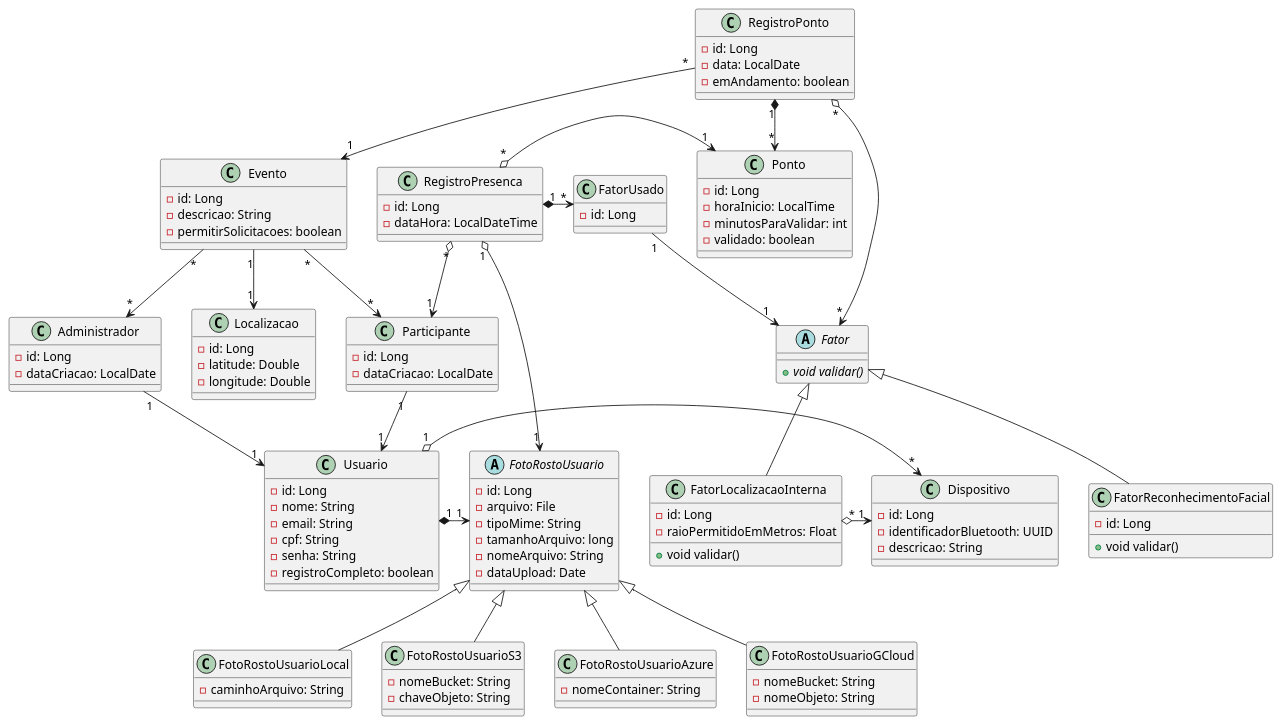
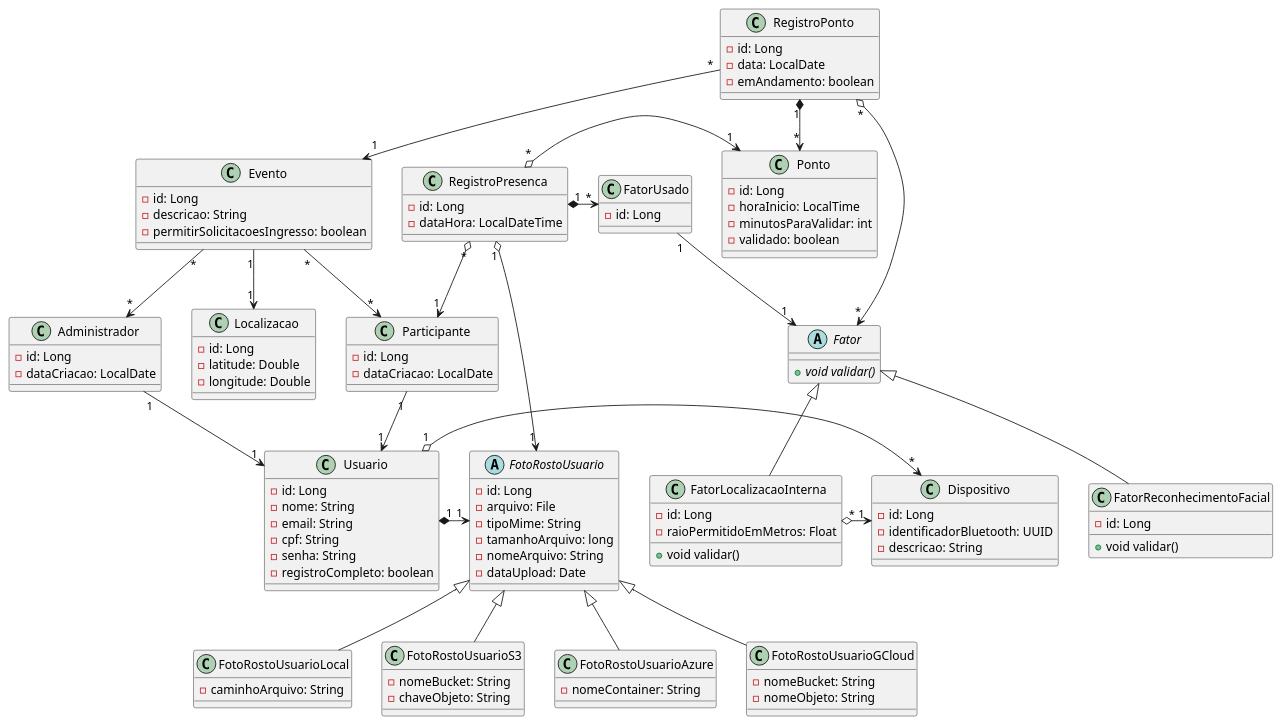
Before and after one commit to luan-coelho/faceverify: the diagram in backend/diagram-class.plantuml, drawn with PlantUML. The commit also changed 29 other files, not shown here.

```diff
--- a/backend/diagram-class.plantuml
+++ b/backend/diagram-class.plantuml
@@ -1,135 +1,135 @@
 @startuml
 class Usuario {
     - id: Long
     - nome: String
     - email: String
     - cpf: String
     - senha: String
     - registroCompleto: boolean
 }
 
 class Administrador {
     - id: Long
     - dataCriacao: LocalDate
 }
 
 class Participante {
     - id: Long
     - dataCriacao: LocalDate
 }
 
 class Dispositivo {
     - id: Long
     - identificadorBluetooth: UUID
     - descricao: String
 }
 
 abstract class FotoRostoUsuario {
     - id: Long
     - arquivo: File
     - tipoMime: String
     - tamanhoArquivo: long
     - nomeArquivo: String
     - dataUpload: Date
 }
 
 class FatorUsado {
      - id: Long
 }
 
 class FotoRostoUsuarioLocal {
     - caminhoArquivo: String
 }
 
 class FotoRostoUsuarioS3 {
     - nomeBucket: String
     - chaveObjeto: String
 }
 
 class FotoRostoUsuarioAzure {
     - nomeContainer: String
 }
 
 class FotoRostoUsuarioGCloud {
     - nomeBucket: String
     - nomeObjeto: String
 }
 
 class Evento {
     - id: Long
     - descricao: String
-    - permitirSolicitacoes: boolean
+    - permitirSolicitacoesIngresso: boolean
 }
 
 class Localizacao {
     - id: Long
     - latitude: Double
     - longitude: Double
 }
 
 
 class RegistroPonto {
     - id: Long
     - data: LocalDate
     - emAndamento: boolean
 }
 
 class Ponto {
     - id: Long
     - horaInicio: LocalTime
     - minutosParaValidar: int
     - validado: boolean
 }
 
 class RegistroPresenca {
     - id: Long
     - dataHora: LocalDateTime
 }
 
 abstract class Fator {
     + void {abstract} validar()
 }
 
 class FatorReconhecimentoFacial {
     - id: Long
     + void validar()
 }
 
 class FatorLocalizacaoInterna {
     - id: Long
     - raioPermitidoEmMetros: Float
     + void validar()
 }
 
 RegistroPonto "*" --> "1" Evento
 Evento "*" --> "*" Administrador
 Evento "1" --> "1" Localizacao
 Evento "*" --> "*" Participante
 
 RegistroPonto "1" *-> "*" Ponto
 RegistroPonto "*" o-> "*" Fator
 
 RegistroPresenca "*" o-> "1" Participante
 RegistroPresenca "*" o-> "1" Ponto
 RegistroPresenca "1" o-> "1" FotoRostoUsuario
 
 Fator <|-- FatorReconhecimentoFacial
 Fator <|-- FatorLocalizacaoInterna
 
 FatorLocalizacaoInterna "*" o-> "1" Dispositivo
 
 Usuario "1" o-> "*" Dispositivo
 Usuario "1" *-> "1" FotoRostoUsuario
 
 RegistroPresenca "1" *-> "*" FatorUsado
 FatorUsado "1" --> "1" Fator
 
 Administrador "1" --> "1" Usuario
 Participante "1" --> "1" Usuario
 
 FotoRostoUsuario <|-- FotoRostoUsuarioLocal
 FotoRostoUsuario <|-- FotoRostoUsuarioS3
 FotoRostoUsuario <|-- FotoRostoUsuarioAzure
 FotoRostoUsuario <|-- FotoRostoUsuarioGCloud
 
 @enduml
```
